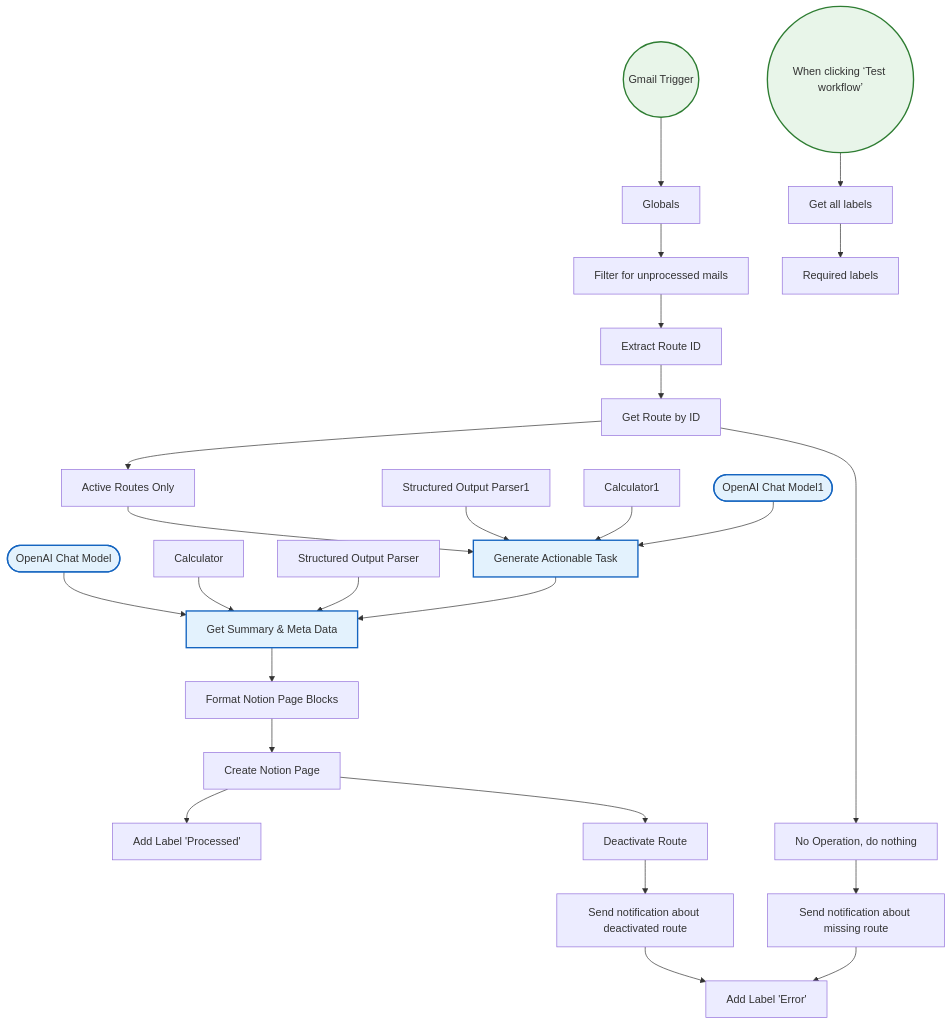
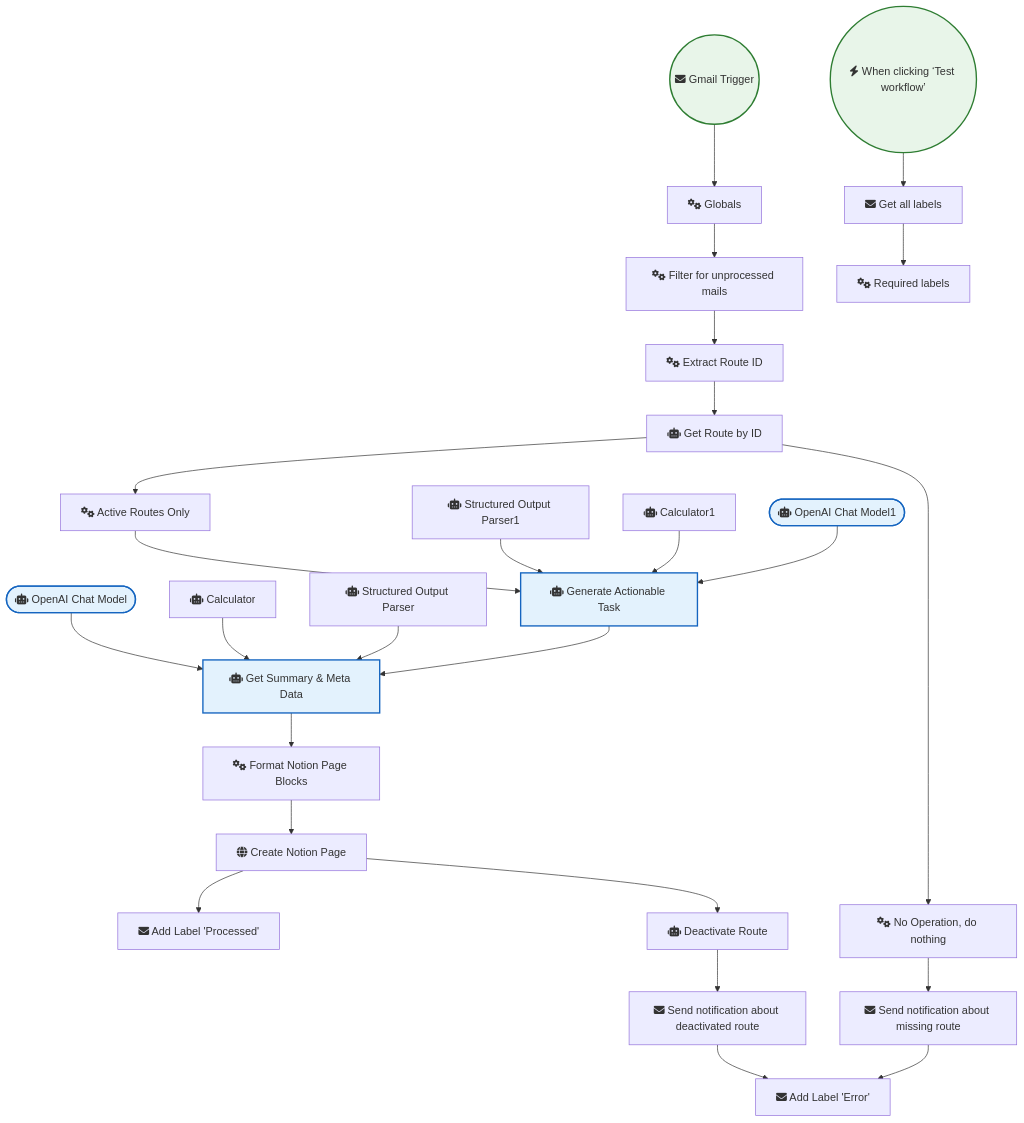
One commit to sreyash3105/N8N-DEMO-AUTOMATIONS changed the diagram in Notion/Mails2notion V2.md. Above: the diagram before and after it, drawn with Mermaid. The commit also changed 291 other files, not shown here.

````diff
--- a/Notion/Mails2notion V2.md
+++ b/Notion/Mails2notion V2.md
@@ -1,57 +1,57 @@
 ```mermaid
 graph TD
     classDef trigger fill:#e8f5e9,stroke:#2e7d32,stroke-width:2px;
     classDef ai fill:#e3f2fd,stroke:#1565c0,stroke-width:2px;
     classDef logic fill:#fff3e0,stroke:#ef6c00,stroke-width:2px;
 
-    OpenAI_Chat_Model(["OpenAI Chat Model"]):::ai
-    Calculator["Calculator"]
-    Structured_Output_Parser["Structured Output Parser"]
-    Add_Label__Processed_["Add Label 'Processed'"]
-    Active_Routes_Only["Active Routes Only"]
-    Extract_Route_ID["Extract Route ID"]
-    Deactivate_Route["Deactivate Route"]
-    Add_Label__Error_["Add Label 'Error'"]
-    Send_notification_about_deactivated_route["Send notification about deactivated route"]
-    Send_notification_about_missing_route["Send notification about missing route"]
-    Get_Route_by_ID["Get Route by ID"]
-    Create_Notion_Page["Create Notion Page"]
-    Gmail_Trigger(("Gmail Trigger")):::trigger
-    Filter_for_unprocessed_mails["Filter for unprocessed mails"]
-    When_clicking__Test_workflow_(("When clicking ‘Test workflow’")):::trigger
-    Required_labels["Required labels"]
-    Globals["Globals"]
-    No_Operation__do_nothing["No Operation, do nothing"]
-    Format_Notion_Page_Blocks["Format Notion Page Blocks"]
-    Get_all_labels["Get all labels"]
-    Structured_Output_Parser1["Structured Output Parser1"]
-    Calculator1["Calculator1"]
-    OpenAI_Chat_Model1(["OpenAI Chat Model1"]):::ai
-    Generate_Actionable_Task["Generate Actionable Task"]:::ai
-    Get_Summary___Meta_Data["Get Summary & Meta Data"]:::ai
+    OpenAI_Chat_Model(["fas:fa-robot OpenAI Chat Model"]):::ai
+    Calculator["fas:fa-robot Calculator"]
+    Structured_Output_Parser["fas:fa-robot Structured Output Parser"]
+    Add_Label__Processed_["fas:fa-envelope Add Label 'Processed'"]
+    Active_Routes_Only["fas:fa-cogs Active Routes Only"]
+    Extract_Route_ID["fas:fa-cogs Extract Route ID"]
+    Deactivate_Route["fas:fa-robot Deactivate Route"]
+    Add_Label__Error_["fas:fa-envelope Add Label 'Error'"]
+    Send_notification_about_deactivated_route["fas:fa-envelope Send notification about deactivated route"]
+    Send_notification_about_missing_route["fas:fa-envelope Send notification about missing route"]
+    Get_Route_by_ID["fas:fa-robot Get Route by ID"]
+    Create_Notion_Page["fas:fa-globe Create Notion Page"]
+    Gmail_Trigger(("fas:fa-envelope Gmail Trigger")):::trigger
+    Filter_for_unprocessed_mails["fas:fa-cogs Filter for unprocessed mails"]
+    When_clicking__Test_workflow_(("fas:fa-bolt When clicking ‘Test workflow’")):::trigger
+    Required_labels["fas:fa-cogs Required labels"]
+    Globals["fas:fa-cogs Globals"]
+    No_Operation__do_nothing["fas:fa-cogs No Operation, do nothing"]
+    Format_Notion_Page_Blocks["fas:fa-cogs Format Notion Page Blocks"]
+    Get_all_labels["fas:fa-envelope Get all labels"]
+    Structured_Output_Parser1["fas:fa-robot Structured Output Parser1"]
+    Calculator1["fas:fa-robot Calculator1"]
+    OpenAI_Chat_Model1(["fas:fa-robot OpenAI Chat Model1"]):::ai
+    Generate_Actionable_Task["fas:fa-robot Generate Actionable Task"]:::ai
+    Get_Summary___Meta_Data["fas:fa-robot Get Summary & Meta Data"]:::ai
 
     Globals --> Filter_for_unprocessed_mails
     Calculator --> Get_Summary___Meta_Data
     Calculator1 --> Generate_Actionable_Task
     Gmail_Trigger --> Globals
     Get_all_labels --> Required_labels
     Get_Route_by_ID --> Active_Routes_Only
     Get_Route_by_ID --> No_Operation__do_nothing
     Deactivate_Route --> Send_notification_about_deactivated_route
     Extract_Route_ID --> Get_Route_by_ID
     OpenAI_Chat_Model --> Get_Summary___Meta_Data
     Active_Routes_Only --> Generate_Actionable_Task
     Create_Notion_Page --> Add_Label__Processed_
     Create_Notion_Page --> Deactivate_Route
     OpenAI_Chat_Model1 --> Generate_Actionable_Task
     Get_Summary___Meta_Data --> Format_Notion_Page_Blocks
     Generate_Actionable_Task --> Get_Summary___Meta_Data
     No_Operation__do_nothing --> Send_notification_about_missing_route
     Structured_Output_Parser --> Get_Summary___Meta_Data
     Format_Notion_Page_Blocks --> Create_Notion_Page
     Structured_Output_Parser1 --> Generate_Actionable_Task
     Filter_for_unprocessed_mails --> Extract_Route_ID
     When_clicking__Test_workflow_ --> Get_all_labels
     Send_notification_about_missing_route --> Add_Label__Error_
     Send_notification_about_deactivated_route --> Add_Label__Error_
 ```
````
